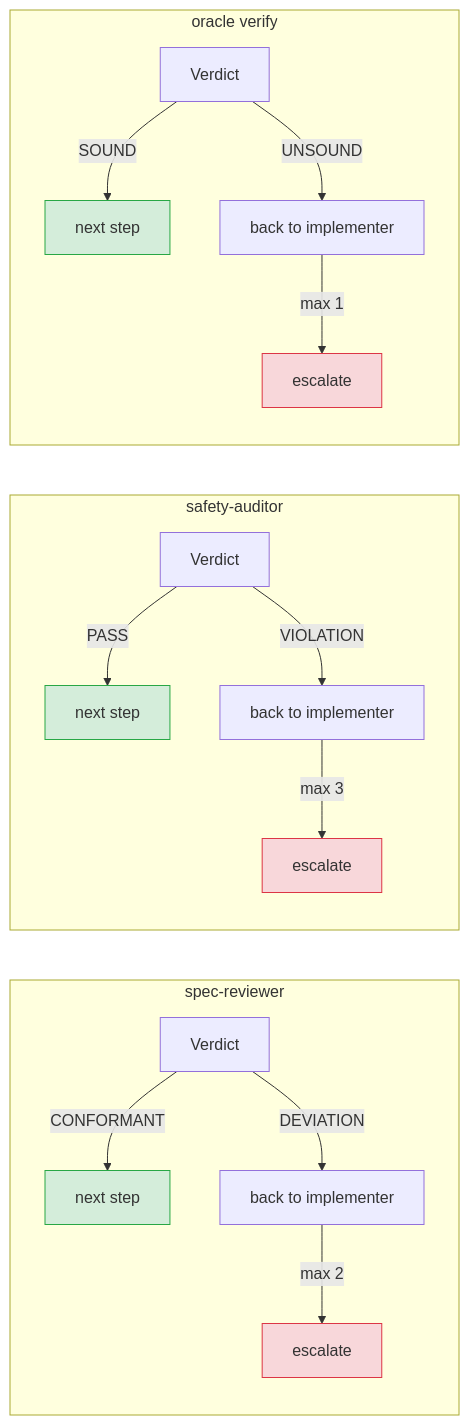
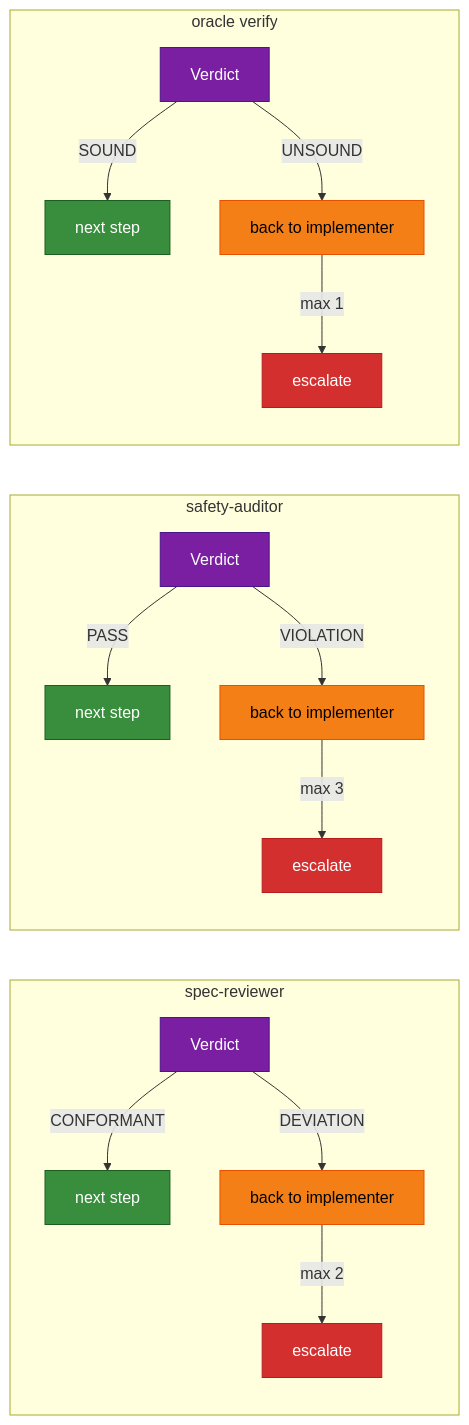
Before and after one commit to TejGandham/keel: the third of 5 diagrams in docs/HOW-IT-WORKS.md, drawn with Mermaid. The commit also changed other lines of this file and 2 other files, not shown here.

First line of the commit message:
docs: consistent saturated color palette across all Mermaid diagrams

````diff
--- a/docs/HOW-IT-WORKS.md
+++ b/docs/HOW-IT-WORKS.md
@@ -92,27 +117,33 @@
 ```mermaid
 graph LR
     subgraph spec-reviewer
         SR3[Verdict] -->|CONFORMANT| N1[next step]
         SR3 -->|DEVIATION| F1[back to implementer]
         F1 -->|max 2| E1[escalate]
     end
 
     subgraph safety-auditor
         SA3[Verdict] -->|PASS| N2[next step]
         SA3 -->|VIOLATION| F2[back to implementer]
         F2 -->|max 3| E2[escalate]
     end
 
     subgraph oracle verify
         OV3[Verdict] -->|SOUND| N3[next step]
         OV3 -->|UNSOUND| F3[back to implementer]
         F3 -->|max 1| E3[escalate]
     end
 
-    style N1 fill:#d4edda,stroke:#28a745
-    style N2 fill:#d4edda,stroke:#28a745
-    style N3 fill:#d4edda,stroke:#28a745
-    style E1 fill:#f8d7da,stroke:#dc3545
-    style E2 fill:#f8d7da,stroke:#dc3545
-    style E3 fill:#f8d7da,stroke:#dc3545
+    style SR3 fill:#7B1FA2,stroke:#4A148C,color:#fff
+    style SA3 fill:#7B1FA2,stroke:#4A148C,color:#fff
+    style OV3 fill:#7B1FA2,stroke:#4A148C,color:#fff
+    style N1 fill:#388E3C,stroke:#1B5E20,color:#fff
+    style N2 fill:#388E3C,stroke:#1B5E20,color:#fff
+    style N3 fill:#388E3C,stroke:#1B5E20,color:#fff
+    style F1 fill:#F57F17,stroke:#E65100,color:#000
+    style F2 fill:#F57F17,stroke:#E65100,color:#000
+    style F3 fill:#F57F17,stroke:#E65100,color:#000
+    style E1 fill:#D32F2F,stroke:#B71C1C,color:#fff
+    style E2 fill:#D32F2F,stroke:#B71C1C,color:#fff
+    style E3 fill:#D32F2F,stroke:#B71C1C,color:#fff
 ```
````
